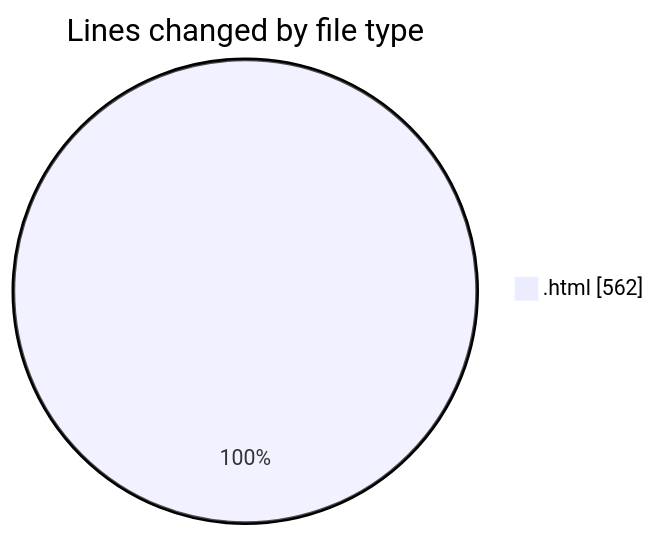
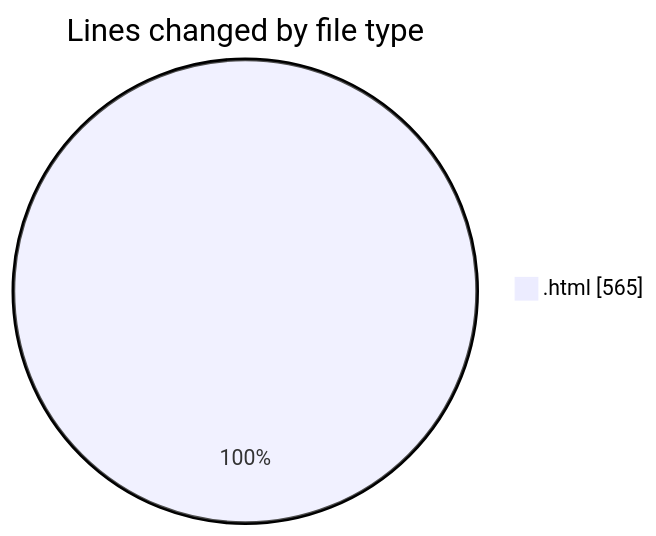
Before and after one commit to LanceThiago/code-tracking: the first of 2 diagrams in 2025-01-13/nueva_carpeta/README.md, drawn with Mermaid. The commit also changed other lines of this file and 1 other file, not shown here.

````diff
--- a/2025-01-13/nueva_carpeta/README.md
+++ b/2025-01-13/nueva_carpeta/README.md
@@ -20,5 +20,5 @@
 ```mermaid
 pie showData
 title Lines changed by file type
-".html" : 562
+".html" : 565
 ```
````
